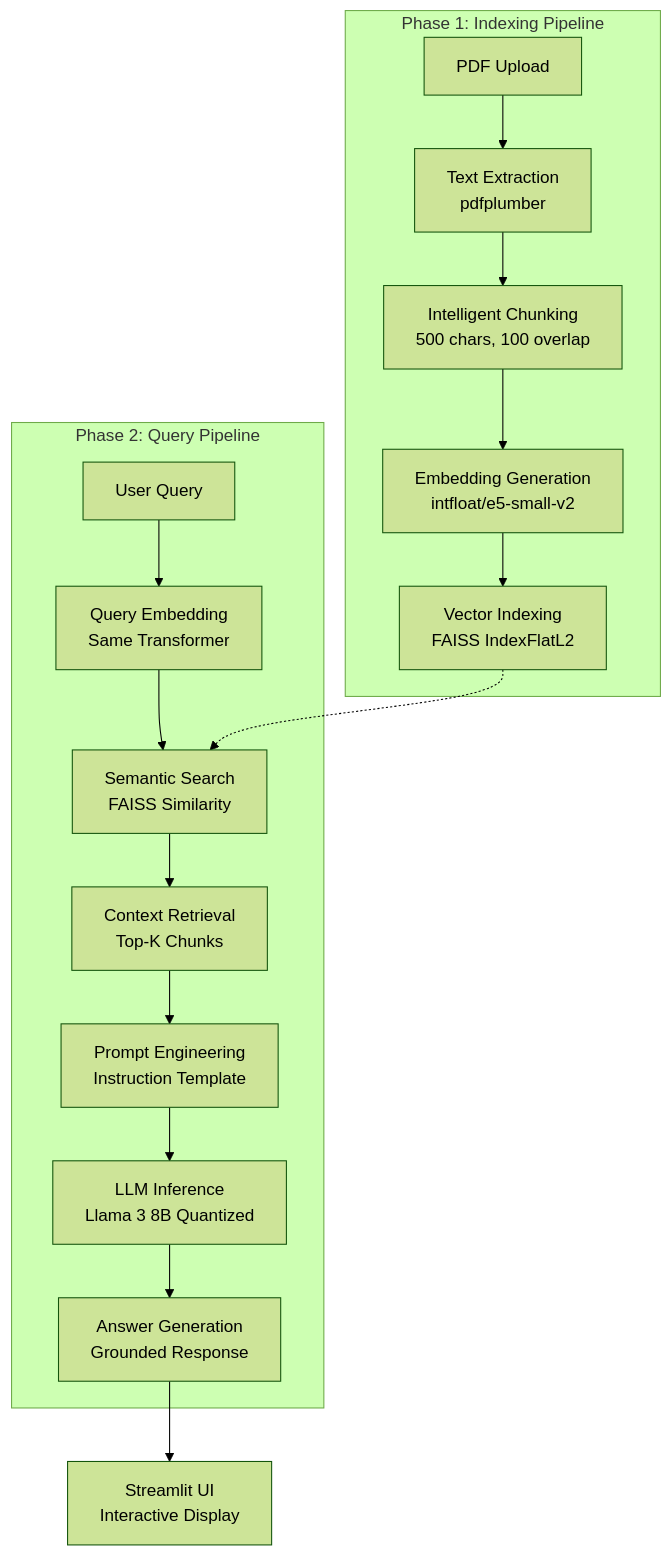
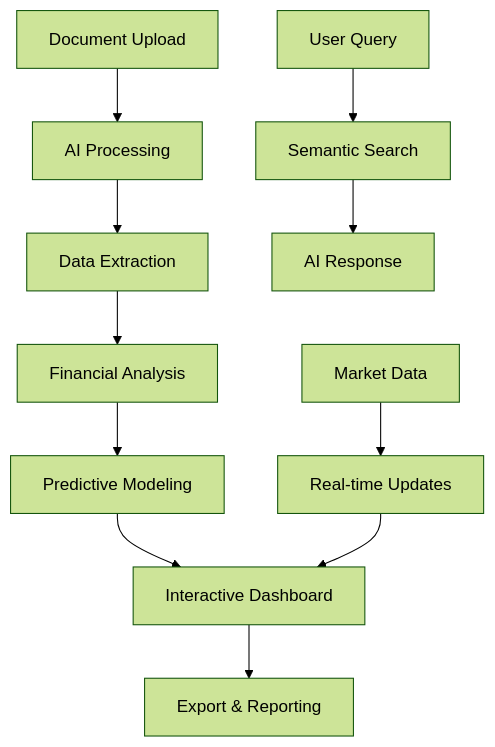
Before and after one commit to haider1998/FinNLP: the diagram in README.md, drawn with Mermaid (forest theme). The commit also changed other lines of this file, not shown here.

````diff
--- a/README.md
+++ b/README.md
@@ -128,21 +352,15 @@
 ```mermaid
-graph TB
-    subgraph "Phase 1: Indexing Pipeline"
-        A[PDF Upload] --> B[Text Extraction<br/>pdfplumber]
-        B --> C[Intelligent Chunking<br/>500 chars, 100 overlap]
-        C --> D[Embedding Generation<br/>intfloat/e5-small-v2]
-        D --> E[Vector Indexing<br/>FAISS IndexFlatL2]
-    end
+graph TD
+    A[Document Upload] --> B[AI Processing]
+    B --> C[Data Extraction]
+    C --> D[Financial Analysis]
+    D --> E[Predictive Modeling]
+    E --> F[Interactive Dashboard]
+    F --> G[Export & Reporting]
     
-    subgraph "Phase 2: Query Pipeline"
-        F[User Query] --> G[Query Embedding<br/>Same Transformer]
-        G --> H[Semantic Search<br/>FAISS Similarity]
-        H --> I[Context Retrieval<br/>Top-K Chunks]
-        I --> J[Prompt Engineering<br/>Instruction Template]
-        J --> K[LLM Inference<br/>Llama 3 8B Quantized]
-        K --> L[Answer Generation<br/>Grounded Response]
-    end
+    H[User Query] --> I[Semantic Search]
+    I --> J[AI Response]
     
-    E -.-> H
-    L --> M[Streamlit UI<br/>Interactive Display]
+    K[Market Data] --> L[Real-time Updates]
+    L --> F
 ```
````
